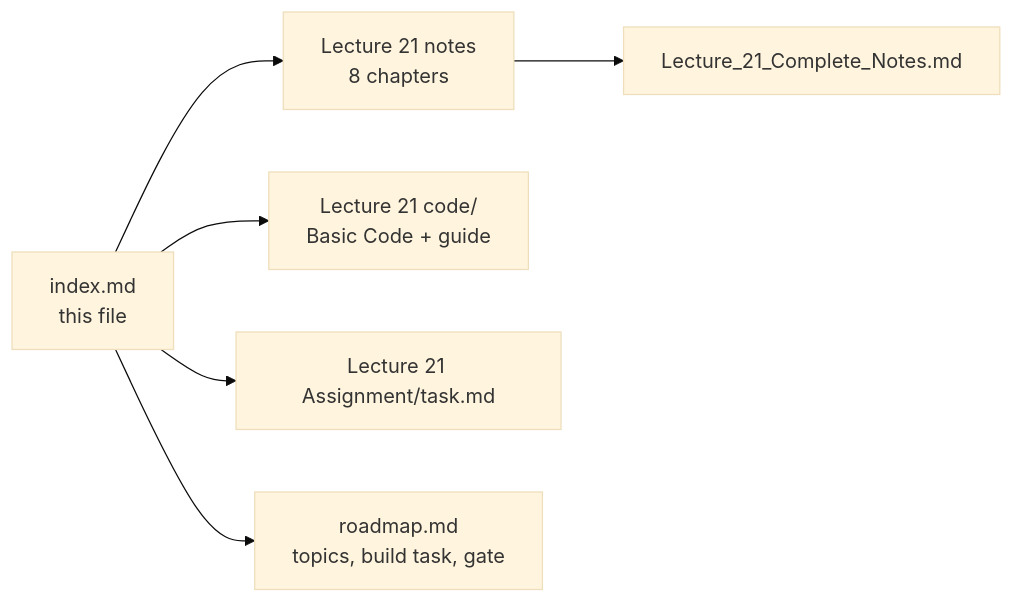
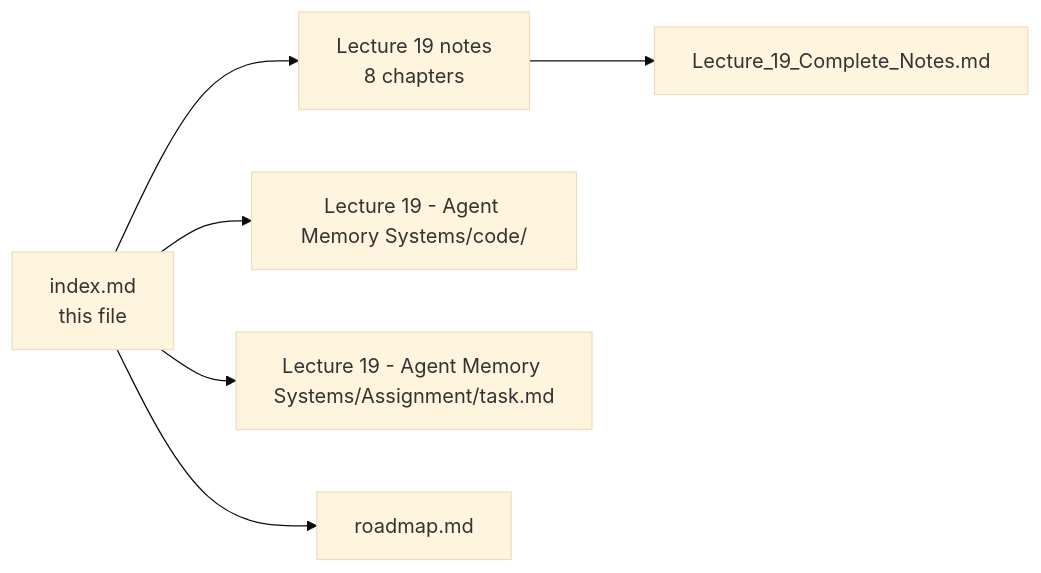
Before and after one commit to Amie-dev/FDE-and-GenAI-Mastery: diagram 19 of 24 in index.md, drawn with Mermaid (base theme). The commit also changed other lines of this file, not shown here.

Commit message:
Implement code changes to enhance functionality and improve performance

````diff
--- a/index.md
+++ b/index.md
@@ -794,8 +794,8 @@
 ```mermaid
 flowchart LR
-    IDX["index.md<br/>this file"] --> L21["Lecture 21 notes<br/>8 chapters"]
-    L21 --> CN["Lecture_21_Complete_Notes.md"]
-    IDX --> CODE["Lecture 21 code/<br/>Basic Code + guide"]
-    IDX --> ASG["Lecture 21 Assignment/task.md"]
-    IDX --> RM["roadmap.md<br/>topics, build task, gate"]
+    IDX["index.md<br/>this file"] --> L19["Lecture 19 notes<br/>8 chapters"]
+    L19 --> CN["Lecture_19_Complete_Notes.md"]
+    IDX --> CODE["Lecture 19 - Agent Memory Systems/code/"]
+    IDX --> ASG["Lecture 19 - Agent Memory Systems/Assignment/task.md"]
+    IDX --> RM["roadmap.md"]
 ```
````
